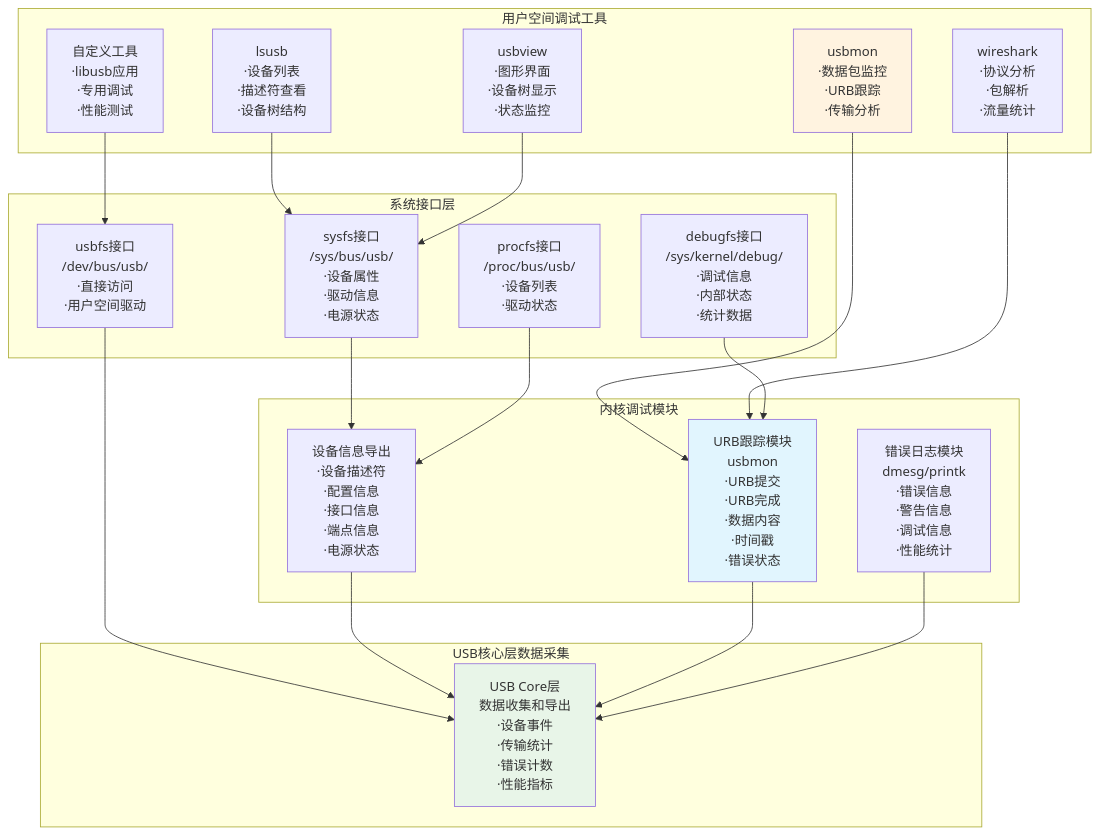
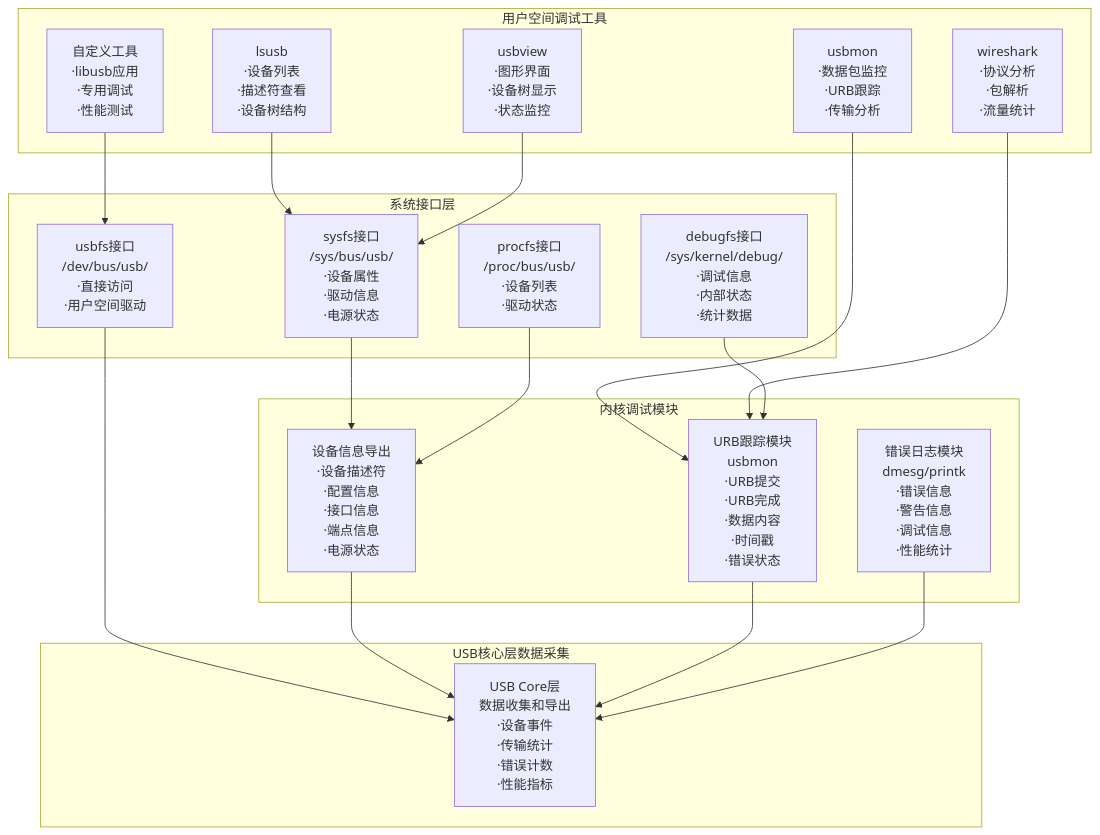
One commit to TbusOS/usb-learn changed diagram 20 of 21 in 08-USB架构图和流程图-可视化版.md. Above: the diagram before and after it, drawn with Mermaid. The commit also changed other lines of this file and 1 other file, not shown here.

````diff
--- a/08-USB架构图和流程图-可视化版.md
+++ b/08-USB架构图和流程图-可视化版.md
@@ -830,46 +805,44 @@
 ```mermaid
 graph TB
     subgraph "用户空间调试工具"
         T1[lsusb<br/>·设备列表<br/>·描述符查看<br/>·设备树结构]
         T2[usbmon<br/>·数据包监控<br/>·URB跟踪<br/>·传输分析]
         T3[usbview<br/>·图形界面<br/>·设备树显示<br/>·状态监控]
         T4[wireshark<br/>·协议分析<br/>·包解析<br/>·流量统计]
         T5[自定义工具<br/>·libusb应用<br/>·专用调试<br/>·性能测试]
     end
     
     subgraph "系统接口层"
         I1[sysfs接口<br/>/sys/bus/usb/<br/>·设备属性<br/>·驱动信息<br/>·电源状态]
         I2[debugfs接口<br/>/sys/kernel/debug/<br/>·调试信息<br/>·内部状态<br/>·统计数据] 
         I3[procfs接口<br/>/proc/bus/usb/<br/>·设备列表<br/>·驱动状态]
         I4[usbfs接口<br/>/dev/bus/usb/<br/>·直接访问<br/>·用户空间驱动]
     end
     
     subgraph "内核调试模块"
         K1[设备信息导出<br/>·设备描述符<br/>·配置信息<br/>·接口信息<br/>·端点信息<br/>·电源状态]
         K2[URB跟踪模块<br/>usbmon<br/>·URB提交<br/>·URB完成<br/>·数据内容<br/>·时间戳<br/>·错误状态]
         K3[错误日志模块<br/>dmesg/printk<br/>·错误信息<br/>·警告信息<br/>·调试信息<br/>·性能统计]
     end
     
     subgraph "USB核心层数据采集"
         CORE[USB Core层<br/>数据收集和导出<br/>·设备事件<br/>·传输统计<br/>·错误计数<br/>·性能指标]
     end
     
     T1 --> I1
     T2 --> K2
     T3 --> I1
     T4 --> K2
     T5 --> I4
     
     I1 --> K1
     I2 --> K2
     I3 --> K1
     I4 --> CORE
     
     K1 --> CORE
     K2 --> CORE
     K3 --> CORE
     
-    style T2 fill:#fff3e0
-    style K2 fill:#e1f5fe
-    style CORE fill:#e8f5e8
+
 ```
````
